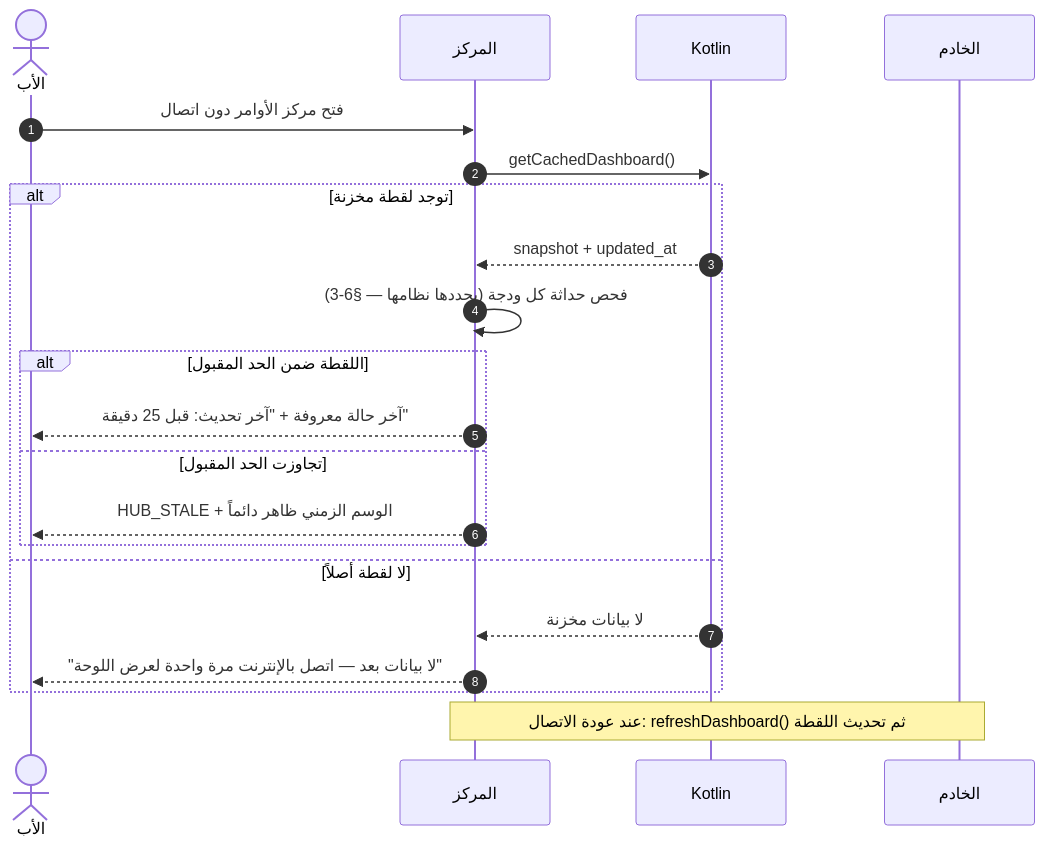
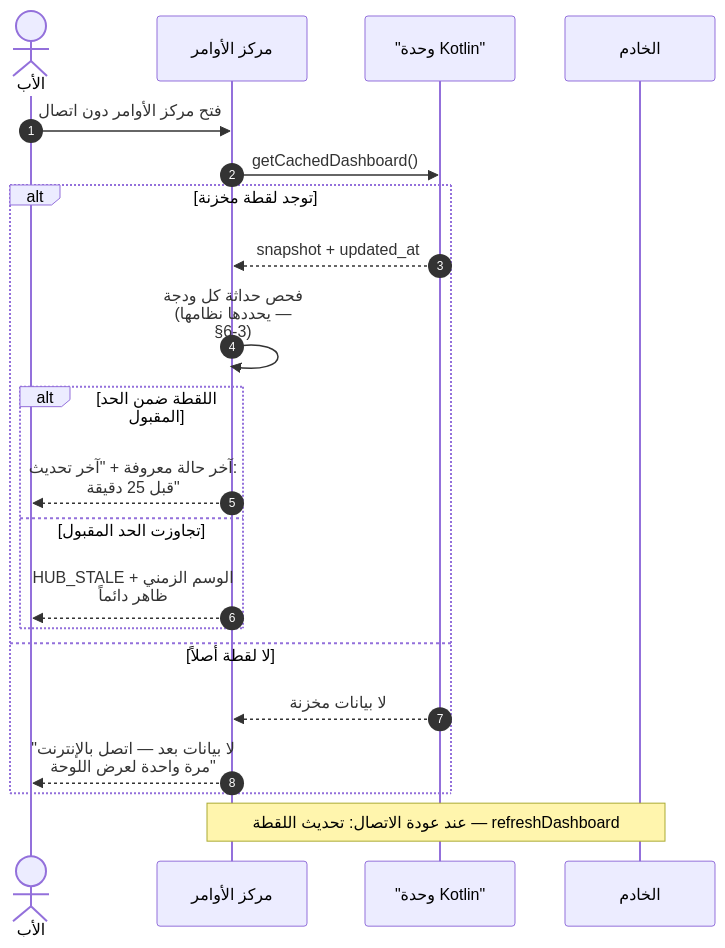
The ninth of 33 diagrams in docs/family-os/governance/phases/phase-1/S1-09-command-center-and-settings/DIAGRAMS.md (Bassam-mohammed-alqaeadi/family-os-v2), drawn with Mermaid before and after one commit. The commit also changed other lines of this file, not shown here.

````diff
--- a/docs/family-os/governance/phases/phase-1/S1-09-command-center-and-settings/DIAGRAMS.md
+++ b/docs/family-os/governance/phases/phase-1/S1-09-command-center-and-settings/DIAGRAMS.md
@@ -300,23 +396,24 @@
 ```mermaid
+%%{init: {"sequence": {"wrap": true}}}%%
 sequenceDiagram
     autonumber
     actor Father as الأب
-    participant Hub as المركز
-    participant K as Kotlin
+    participant S109 as مركز الأوامر
+    participant K as "وحدة Kotlin"
     participant Ktor as الخادم
-    Father->>Hub: فتح مركز الأوامر دون اتصال
-    Hub->>K: getCachedDashboard()
+    Father->>S109: فتح مركز الأوامر دون اتصال
+    S109->>K: getCachedDashboard()
     alt توجد لقطة مخزنة
-        K-->>Hub: snapshot + updated_at
-        Hub->>Hub: فحص حداثة كل ودجة (يحددها نظامها — §6-3)
+        K-->>S109: snapshot + updated_at
+        S109->>S109: فحص حداثة كل ودجة (يحددها نظامها — §6-3)
         alt اللقطة ضمن الحد المقبول
-            Hub-->>Father: آخر حالة معروفة + "آخر تحديث: قبل 25 دقيقة"
+            S109-->>Father: آخر حالة معروفة + "آخر تحديث: قبل 25 دقيقة"
         else تجاوزت الحد المقبول
-            Hub-->>Father: HUB_STALE + الوسم الزمني ظاهر دائماً
+            S109-->>Father: HUB_STALE + الوسم الزمني ظاهر دائماً
         end
     else لا لقطة أصلاً
-        K-->>Hub: لا بيانات مخزنة
-        Hub-->>Father: "لا بيانات بعد — اتصل بالإنترنت مرة واحدة لعرض اللوحة"
+        K-->>S109: لا بيانات مخزنة
+        S109-->>Father: "لا بيانات بعد — اتصل بالإنترنت مرة واحدة لعرض اللوحة"
     end
-    Note over Hub,Ktor: عند عودة الاتصال: refreshDashboard() ثم تحديث اللقطة
+    Note over S109,Ktor: عند عودة الاتصال: تحديث اللقطة — refreshDashboard
 ```
````
